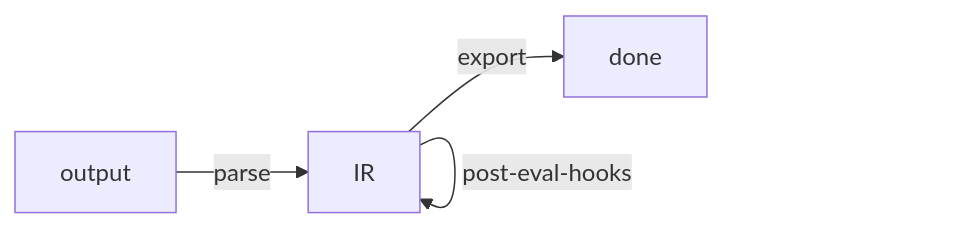
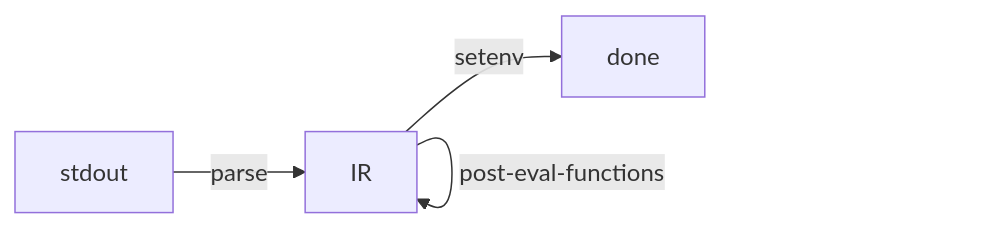
The second of 2 diagrams in README.md (cfclrk/environ), drawn with Mermaid before and after one commit. The commit also changed other lines of this file and 2 other files, not shown here.

Commit message:
Add proper pre-post functions, refactoring

````diff
--- a/README.md
+++ b/README.md
@@ -257,6 +256,6 @@
 ```mermaid
 flowchart LR
-  output -- parse --> IR
-  IR -- post-eval-hooks --> IR
-  IR -- export --> done
+  stdout -- parse --> IR
+  IR -- post-eval-functions --> IR
+  IR -- setenv --> done
 ```
````
